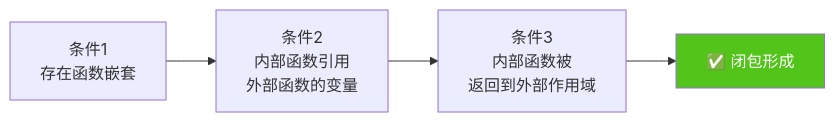
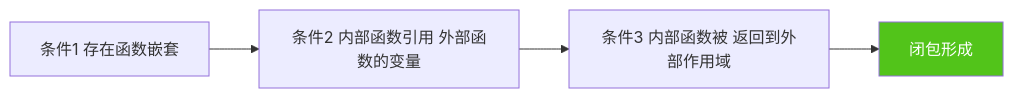
Before and after one commit to mansteinr/note-book: the first of 7 diagrams in JavaScript/02-闭包面试题.md, drawn with Mermaid. The commit also changed other lines of this file and 1 other file, not shown here.

Commit message:
解决 mermaid 不显示的问题

````diff
--- a/JavaScript/02-闭包面试题.md
+++ b/JavaScript/02-闭包面试题.md
@@ -106,8 +106,8 @@
 ```mermaid
 flowchart LR
-    A[条件1<br/>存在函数嵌套] --> B[条件2<br/>内部函数引用<br/>外部函数的变量]
-    B --> C[条件3<br/>内部函数被<br/>返回到外部作用域]
-    C --> D[✅ 闭包形成]
-    
+    A["条件1 存在函数嵌套"] --> B["条件2 内部函数引用 外部函数的变量"]
+    B --> C["条件3 内部函数被 返回到外部作用域"]
+    C --> D["闭包形成"]
+
     style D fill:#52c41a,color:#fff
 ```
````
